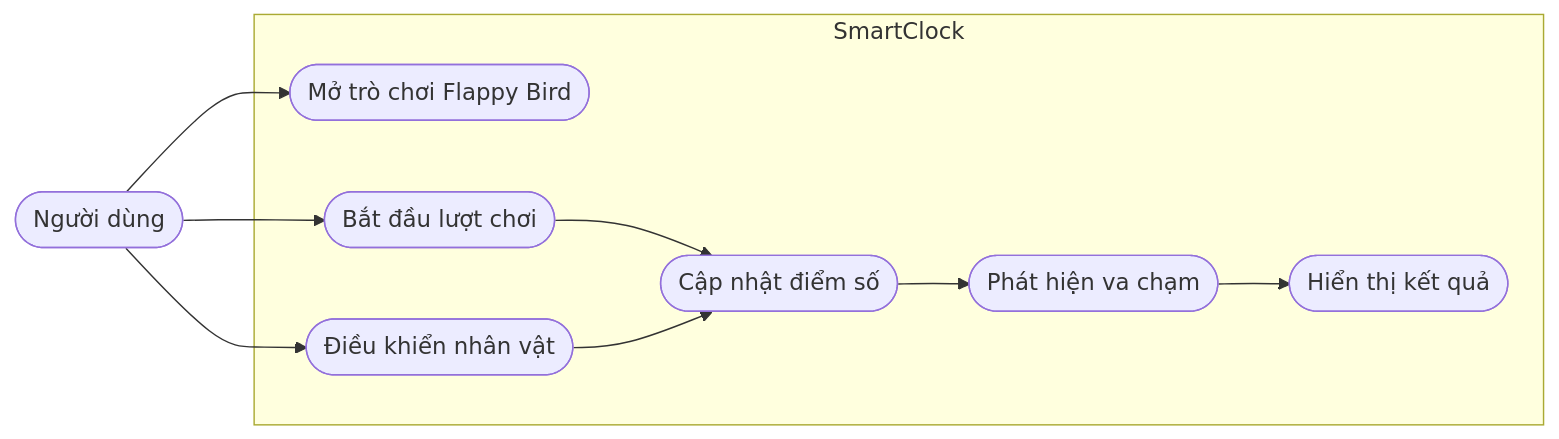
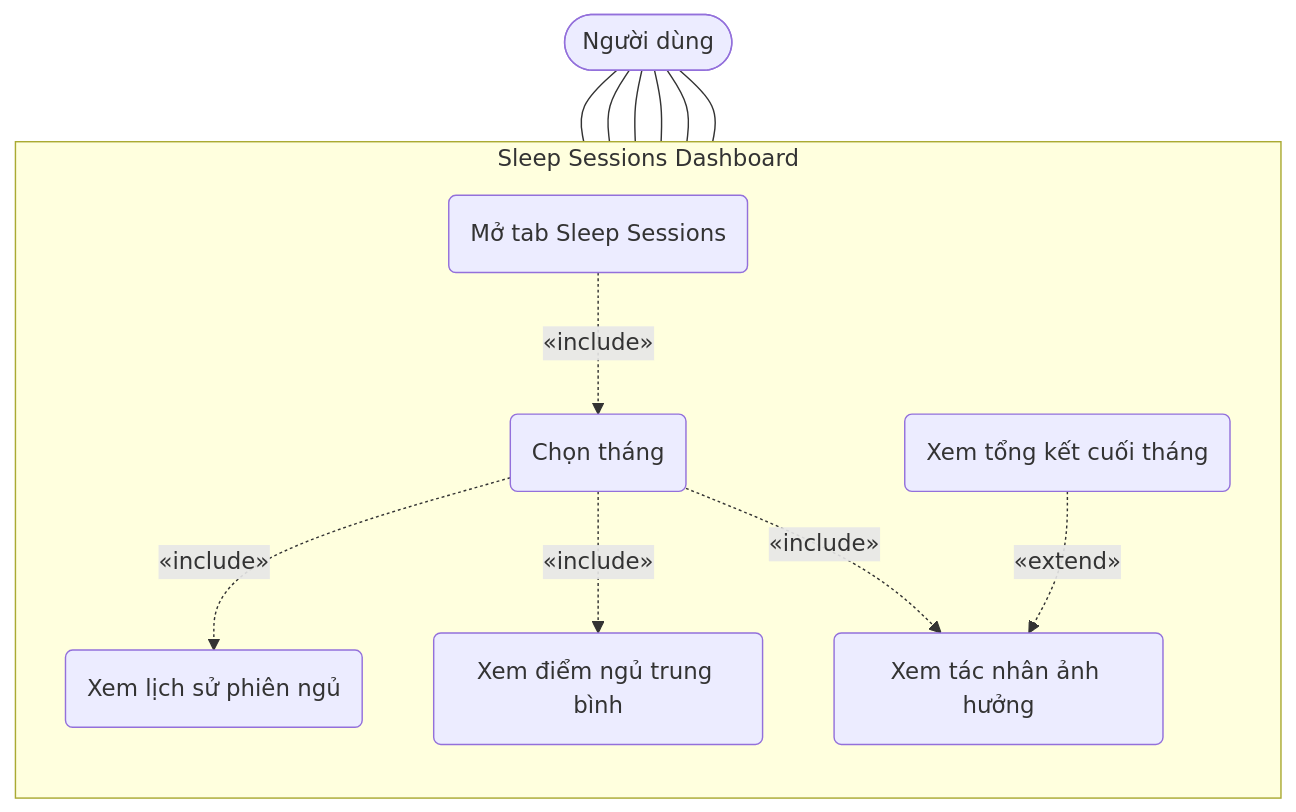
Before and after one commit to Computer-Vision-HCMUS/AIoT-Server: the ninth of 10 diagrams in docs/Spectification/SmartClock/03_Objectives.md, drawn with Mermaid. The commit also changed other lines of this file and 60 other files, not shown here.

Commit message:
Add new images for SmartClock presentation, remove outdated images, and introduce initial documentation for SomniLearnAI specifications, including objectives, architecture, and Edge AI functionalities.

````diff
--- a/docs/Spectification/SmartClock/03_Objectives.md
+++ b/docs/Spectification/SmartClock/03_Objectives.md
@@ -362,21 +446,27 @@
 ```mermaid
-flowchart LR
-    User([Người dùng])
+flowchart TD
+    User(["Người dùng"])
 
-    subgraph SmartClock["SmartClock"]
-        UC1([Mở trò chơi Flappy Bird])
-        UC2([Bắt đầu lượt chơi])
-        UC3([Điều khiển nhân vật])
-        UC4([Cập nhật điểm số])
-        UC5([Phát hiện va chạm])
-        UC6([Hiển thị kết quả])
+    subgraph SleepDashboard["Sleep Sessions Dashboard"]
+        direction TB
+        UC1("Mở tab Sleep Sessions")
+        UC2("Chọn tháng")
+        UC3("Xem lịch sử phiên ngủ")
+        UC4("Xem điểm ngủ trung bình")
+        UC5("Xem tác nhân ảnh hưởng")
+        UC6("Xem tổng kết cuối tháng")
     end
 
-    User --> UC1
-    User --> UC2
-    User --> UC3
-    UC2 --> UC4
-    UC3 --> UC4
-    UC4 --> UC5
-    UC5 --> UC6
+    User --- UC1
+    User --- UC2
+    User --- UC3
+    User --- UC4
+    User --- UC5
+    User --- UC6
+
+    UC1 -. "«include»" .-> UC2
+    UC2 -. "«include»" .-> UC3
+    UC2 -. "«include»" .-> UC4
+    UC2 -. "«include»" .-> UC5
+    UC6 -. "«extend»" .-> UC5
 ```
````
